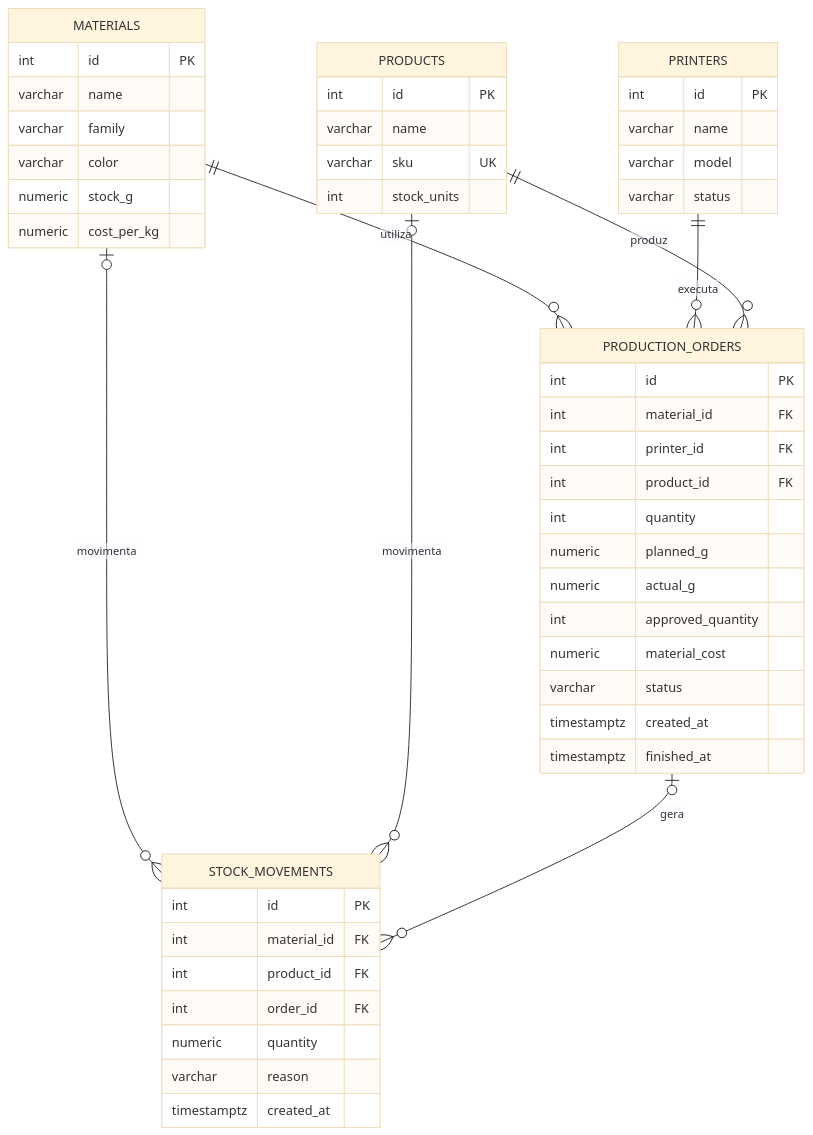
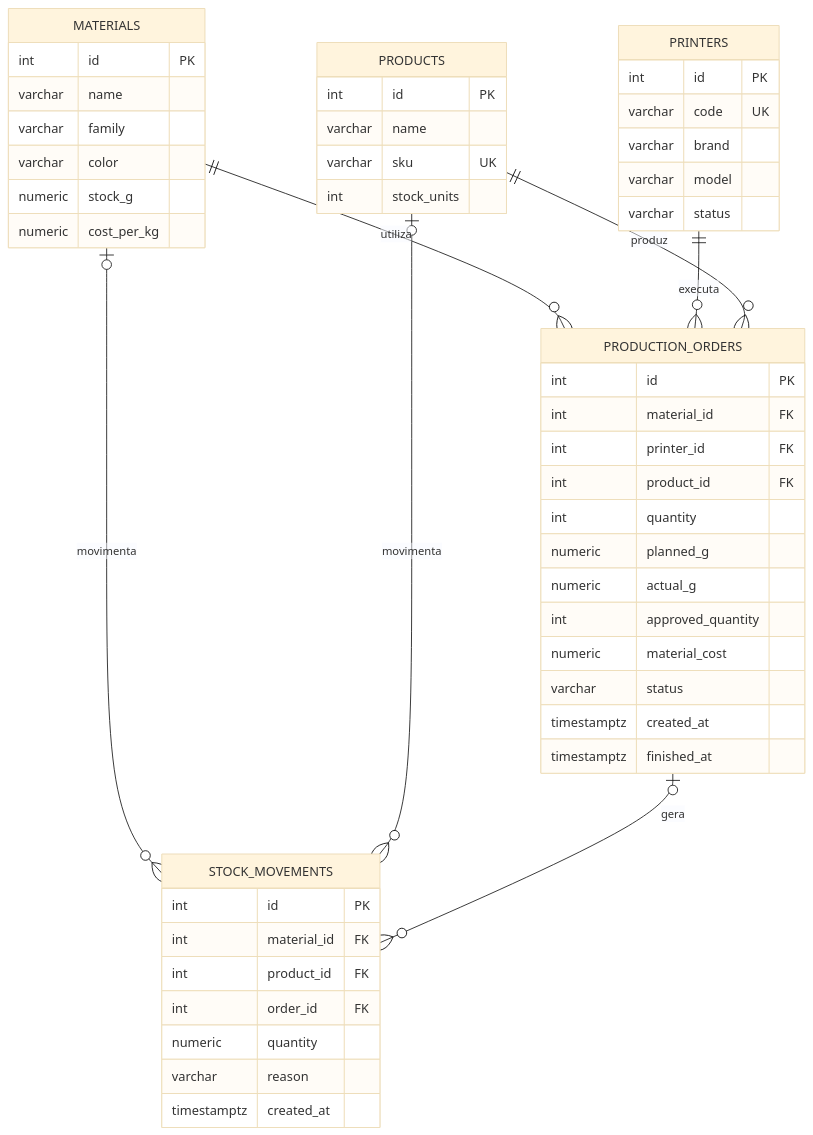
One commit to alecioADS/projetointegrador2026 changed the diagram in docs/modelagem.mmd. Above: the diagram before and after it, drawn with Mermaid (base theme). The commit also changed 10 other files, not shown here.

```diff
--- a/docs/modelagem.mmd
+++ b/docs/modelagem.mmd
@@ -1,51 +1,52 @@
 %% Modelo relacional. Renderize cada bloco separadamente em um editor Mermaid.
 erDiagram
  MATERIALS ||--o{ PRODUCTION_ORDERS : utiliza
  PRINTERS ||--o{ PRODUCTION_ORDERS : executa
  PRODUCTS ||--o{ PRODUCTION_ORDERS : produz
  MATERIALS |o--o{ STOCK_MOVEMENTS : movimenta
  PRODUCTS |o--o{ STOCK_MOVEMENTS : movimenta
  PRODUCTION_ORDERS |o--o{ STOCK_MOVEMENTS : gera
  MATERIALS {
   int id PK
   varchar name
   varchar family
   varchar color
   numeric stock_g
   numeric cost_per_kg
  }
  PRINTERS {
   int id PK
-  varchar name
+  varchar code UK
+  varchar brand
   varchar model
   varchar status
  }
  PRODUCTS {
   int id PK
   varchar name
   varchar sku UK
   int stock_units
  }
  PRODUCTION_ORDERS {
   int id PK
   int material_id FK
   int printer_id FK
   int product_id FK
   int quantity
   numeric planned_g
   numeric actual_g
   int approved_quantity
   numeric material_cost
   varchar status
   timestamptz created_at
   timestamptz finished_at
  }
  STOCK_MOVEMENTS {
   int id PK
   int material_id FK
   int product_id FK
   int order_id FK
   numeric quantity
   varchar reason
   timestamptz created_at
  }
```
